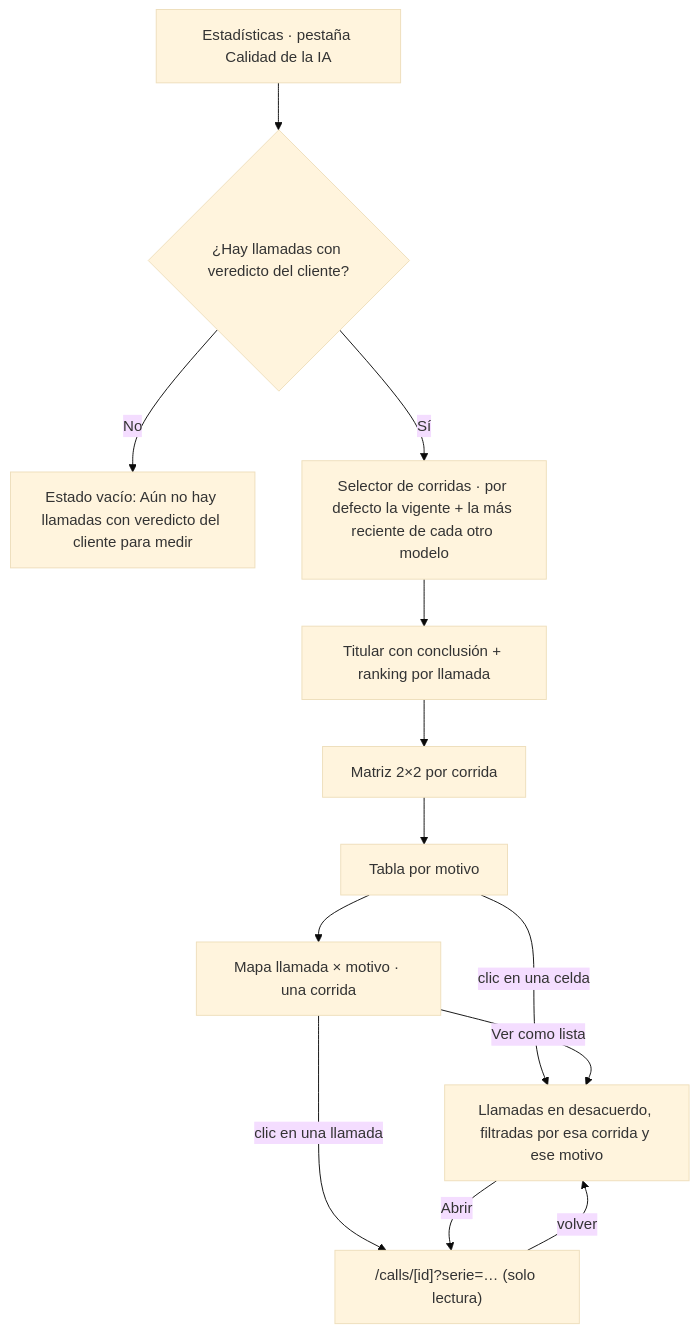
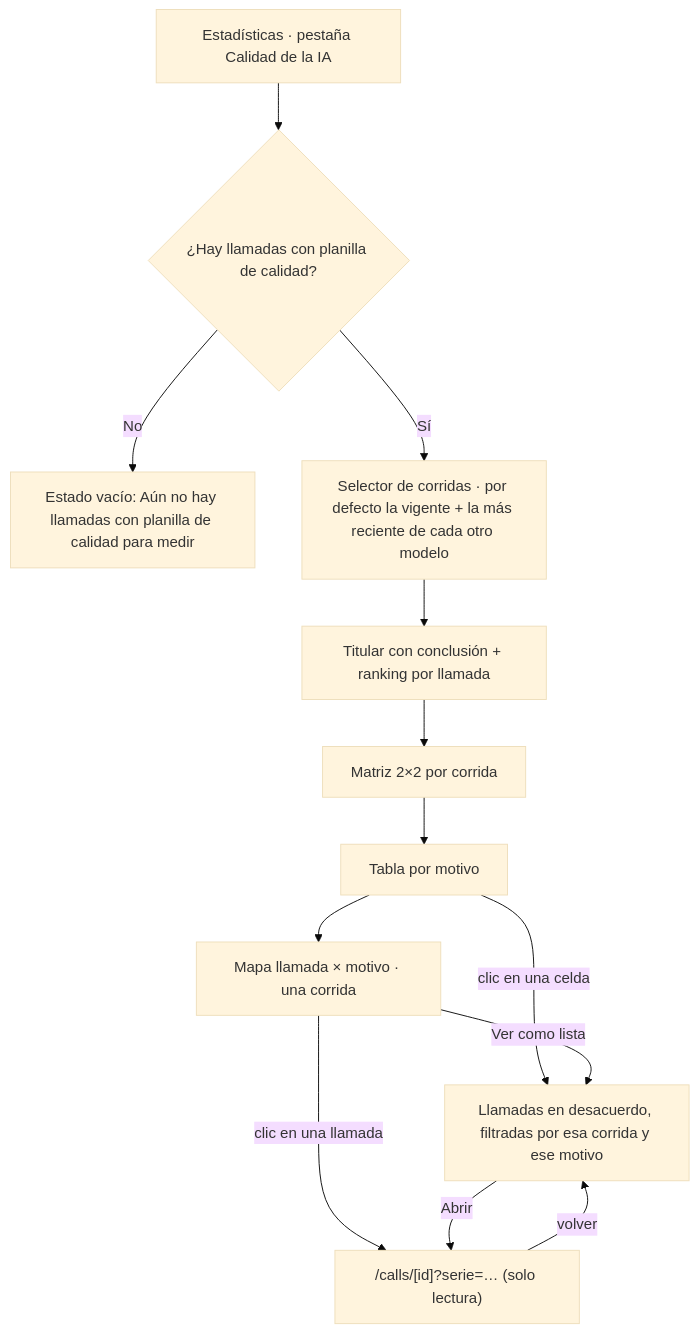
One commit to JRothkegel-QEnergy/Call-audit changed the diagram in docs/ux/call-audit/15-calce-ia-por-corrida.md. Above: the diagram before and after it, drawn with Mermaid (base theme). The commit also changed other lines of this file and 43 other files, not shown here.

First line of the commit message:
feat(frontend): Cambio 17, "Planilla de calidad" y "la empresa" en vez de "cliente"

````diff
--- a/docs/ux/call-audit/15-calce-ia-por-corrida.md
+++ b/docs/ux/call-audit/15-calce-ia-por-corrida.md
@@ -127,15 +128,15 @@
 ```mermaid
 flowchart TD
-  A[Estadísticas · pestaña Calidad de la IA] --> B{¿Hay llamadas con veredicto del cliente?}
-  B -- No --> B0[Estado vacío: Aún no hay llamadas con veredicto del cliente para medir]
+  A[Estadísticas · pestaña Calidad de la IA] --> B{¿Hay llamadas con planilla de calidad?}
+  B -- No --> B0[Estado vacío: Aún no hay llamadas con planilla de calidad para medir]
   B -- Sí --> C[Selector de corridas · por defecto la vigente + la más reciente de cada otro modelo]
   C --> D[Titular con conclusión + ranking por llamada]
   D --> E[Matriz 2×2 por corrida]
   E --> F[Tabla por motivo]
   F -- clic en una celda --> H[Llamadas en desacuerdo, filtradas por esa corrida y ese motivo]
   F --> G[Mapa llamada × motivo · una corrida]
   G -- clic en una llamada --> I["/calls/[id]?serie=… (solo lectura)"]
   G -- Ver como lista --> H
   H -- Abrir --> I
   I -- volver --> H
 ```
````
